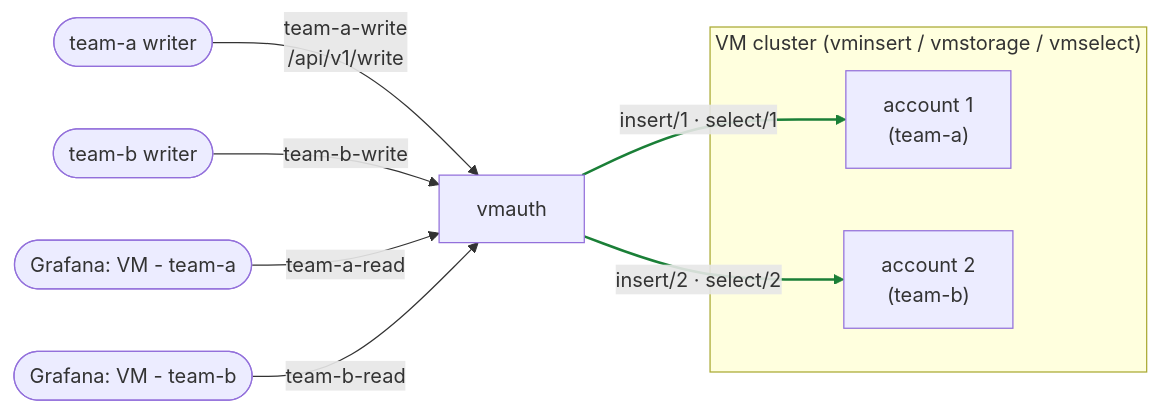
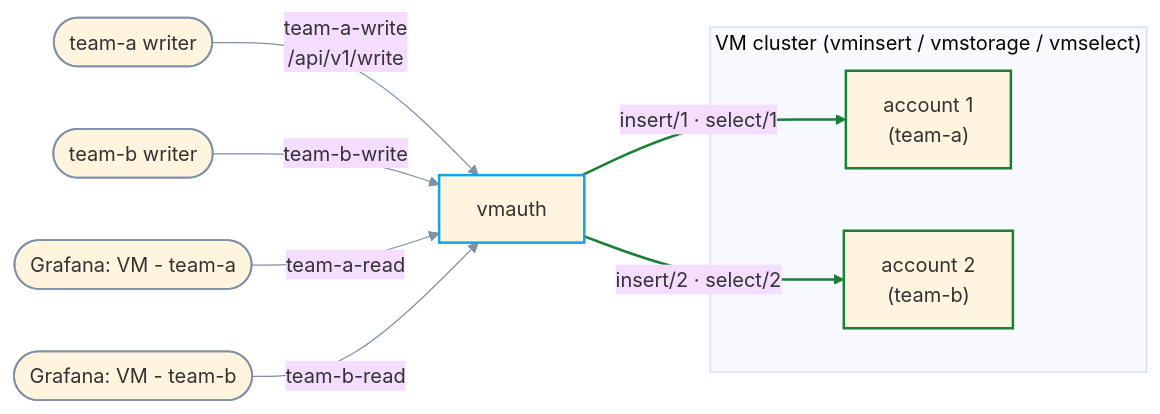
Before and after one commit to QCU87Z/vm-grafana-kubes: the second of 2 diagrams in README.md, drawn with Mermaid. The commit also changed other lines of this file, not shown here.

Commit message:
Style README mermaid diagrams (theme + semantic classDef/linkStyle)

````diff
--- a/README.md
+++ b/README.md
@@ -172,14 +180,21 @@
 ```mermaid
+%%{init: {'theme':'base','themeVariables':{'fontFamily':'ui-monospace, SFMono-Regular, Menlo, monospace','lineColor':'#8090a6','primaryBorderColor':'#3a557f'}}}%%
 flowchart LR
     wa(["team-a writer"]) -->|"team-a-write<br/>/api/v1/write"| va["vmauth"]
     wb(["team-b writer"]) -->|"team-b-write"| va
     ga(["Grafana: VM - team-a"]) -->|"team-a-read"| va
     gb(["Grafana: VM - team-b"]) -->|"team-b-read"| va
     va ==>|"insert/1 · select/1"| t1["account 1<br/>(team-a)"]
     va ==>|"insert/2 · select/2"| t2["account 2<br/>(team-b)"]
     subgraph vmc["VM cluster (vminsert / vmstorage / vmselect)"]
       t1
       t2
     end
+    classDef proxy stroke:#0ea5e9,stroke-width:2px;
+    classDef acct stroke:#1a7f37,stroke-width:2px;
+    classDef cli stroke:#8090a6,stroke-width:1.5px;
+    class va proxy;
+    class t1,t2 acct;
+    class wa,wb,ga,gb cli;
     linkStyle 4,5 stroke:#1a7f37,stroke-width:2px
 ```
````
